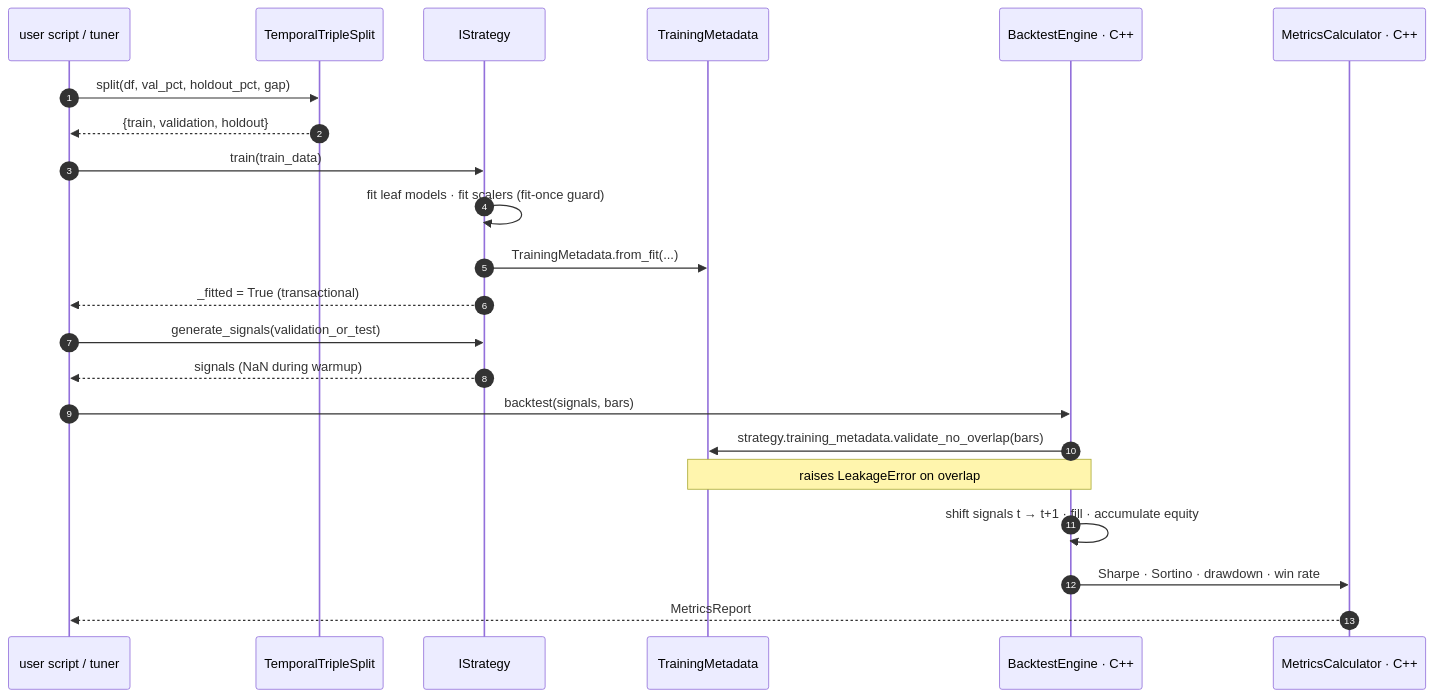
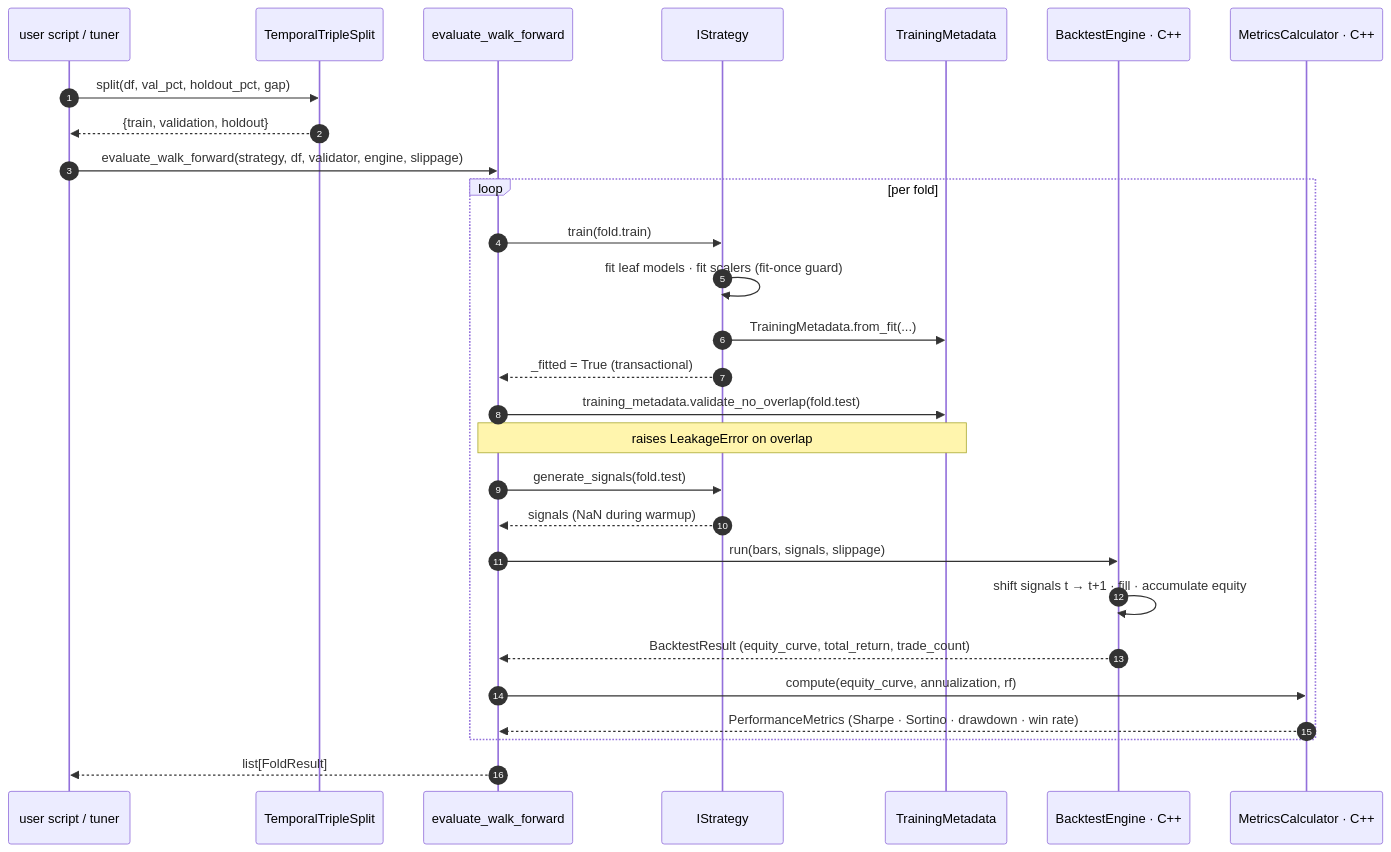
One commit to Alextz307/quantforge changed the third of 4 diagrams in README.md. Above: the diagram before and after it, drawn with Mermaid. The commit also changed other lines of this file, not shown here.

Commit message:
Sync README sequence diagram and project tree with Phase 3 layout

````diff
--- a/README.md
+++ b/README.md
@@ -102,27 +102,35 @@
 ```mermaid
 sequenceDiagram
     autonumber
     participant User as user script / tuner
     participant Split as TemporalTripleSplit
+    participant WF as evaluate_walk_forward
     participant Strat as IStrategy
     participant Meta as TrainingMetadata
     participant Eng as BacktestEngine · C++
     participant Metr as MetricsCalculator · C++
 
     User->>Split: split(df, val_pct, holdout_pct, gap)
     Split-->>User: {train, validation, holdout}
-    User->>Strat: train(train_data)
-    Strat->>Strat: fit leaf models · fit scalers (fit-once guard)
-    Strat->>Meta: TrainingMetadata.from_fit(...)
-    Strat-->>User: _fitted = True (transactional)
 
-    User->>Strat: generate_signals(validation_or_test)
-    Strat-->>User: signals  (NaN during warmup)
+    User->>WF: evaluate_walk_forward(strategy, df, validator, engine, slippage)
+    loop per fold
+        WF->>Strat: train(fold.train)
+        Strat->>Strat: fit leaf models · fit scalers (fit-once guard)
+        Strat->>Meta: TrainingMetadata.from_fit(...)
+        Strat-->>WF: _fitted = True (transactional)
 
-    User->>Eng: backtest(signals, bars)
-    Eng->>Meta: strategy.training_metadata.validate_no_overlap(bars)
-    Note over Meta,Eng: raises LeakageError on overlap
-    Eng->>Eng: shift signals t → t+1 · fill · accumulate equity
-    Eng->>Metr: Sharpe · Sortino · drawdown · win rate
-    Metr-->>User: MetricsReport
+        WF->>Meta: training_metadata.validate_no_overlap(fold.test)
+        Note over WF,Meta: raises LeakageError on overlap
+        WF->>Strat: generate_signals(fold.test)
+        Strat-->>WF: signals  (NaN during warmup)
+
+        WF->>Eng: run(bars, signals, slippage)
+        Eng->>Eng: shift signals t → t+1 · fill · accumulate equity
+        Eng-->>WF: BacktestResult (equity_curve, total_return, trade_count)
+
+        WF->>Metr: compute(equity_curve, annualization, rf)
+        Metr-->>WF: PerformanceMetrics (Sharpe · Sortino · drawdown · win rate)
+    end
+    WF-->>User: list[FoldResult]
 ```
````
